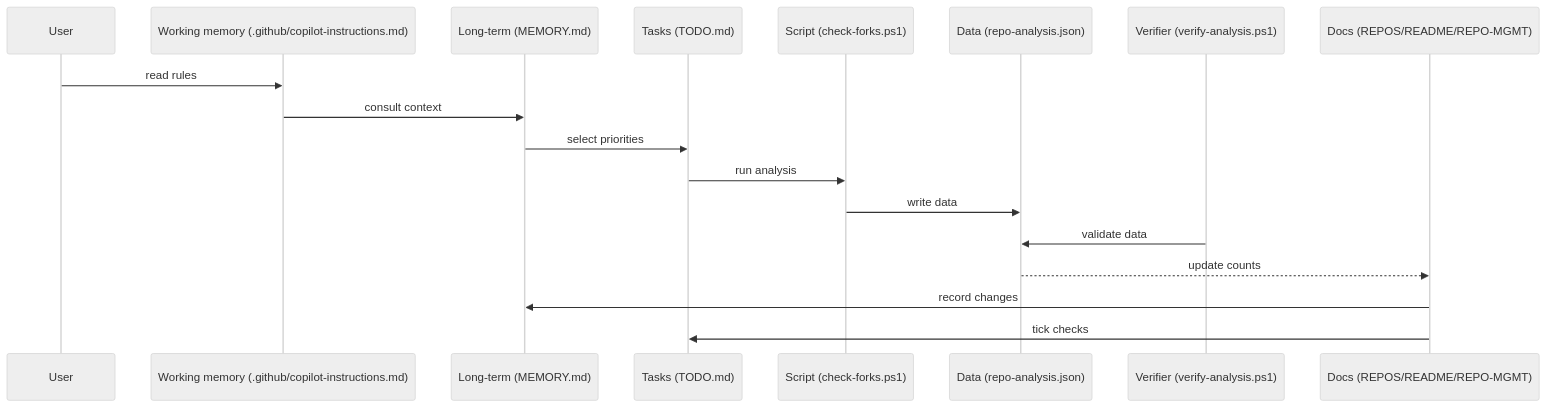
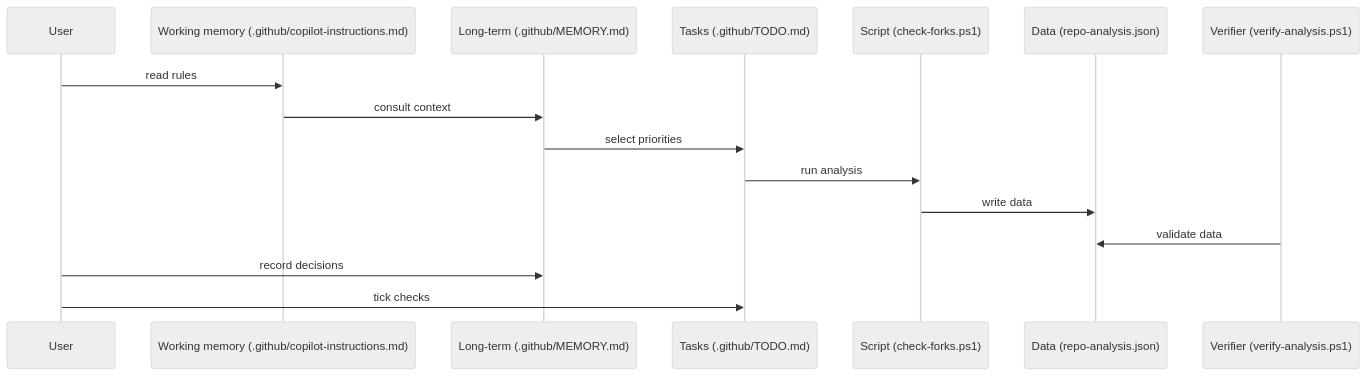
One commit to fabioc-aloha/fabioc-aloha changed the third of 3 diagrams in COGNITIVE.md. Above: the diagram before and after it, drawn with Mermaid (neutral theme). The commit also changed other lines of this file and 5 other files, not shown here.

Commit message:
docs: move MEMORY/TODO to .github; update synapses and diagrams; stub root files; keep JSON emoji-free

````diff
--- a/COGNITIVE.md
+++ b/COGNITIVE.md
@@ -90,21 +82,19 @@
 ```mermaid
 sequenceDiagram
   participant U as User
   participant WM as Working memory (.github/copilot-instructions.md)
-  participant LT as Long-term (MEMORY.md)
-  participant TD as Tasks (TODO.md)
+  participant LT as Long-term (.github/MEMORY.md)
+  participant TD as Tasks (.github/TODO.md)
   participant SC as Script (check-forks.ps1)
   participant JS as Data (repo-analysis.json)
   participant VF as Verifier (verify-analysis.ps1)
-  participant DC as Docs (REPOS/README/REPO-MGMT)
 
   U->>WM: read rules
   WM->>LT: consult context
   LT->>TD: select priorities
   TD->>SC: run analysis
   SC->>JS: write data
   VF->>JS: validate data
-  JS-->>DC: update counts
-  DC->>LT: record changes
-  DC->>TD: tick checks
+  U->>LT: record decisions
+  U->>TD: tick checks
 ```
````
